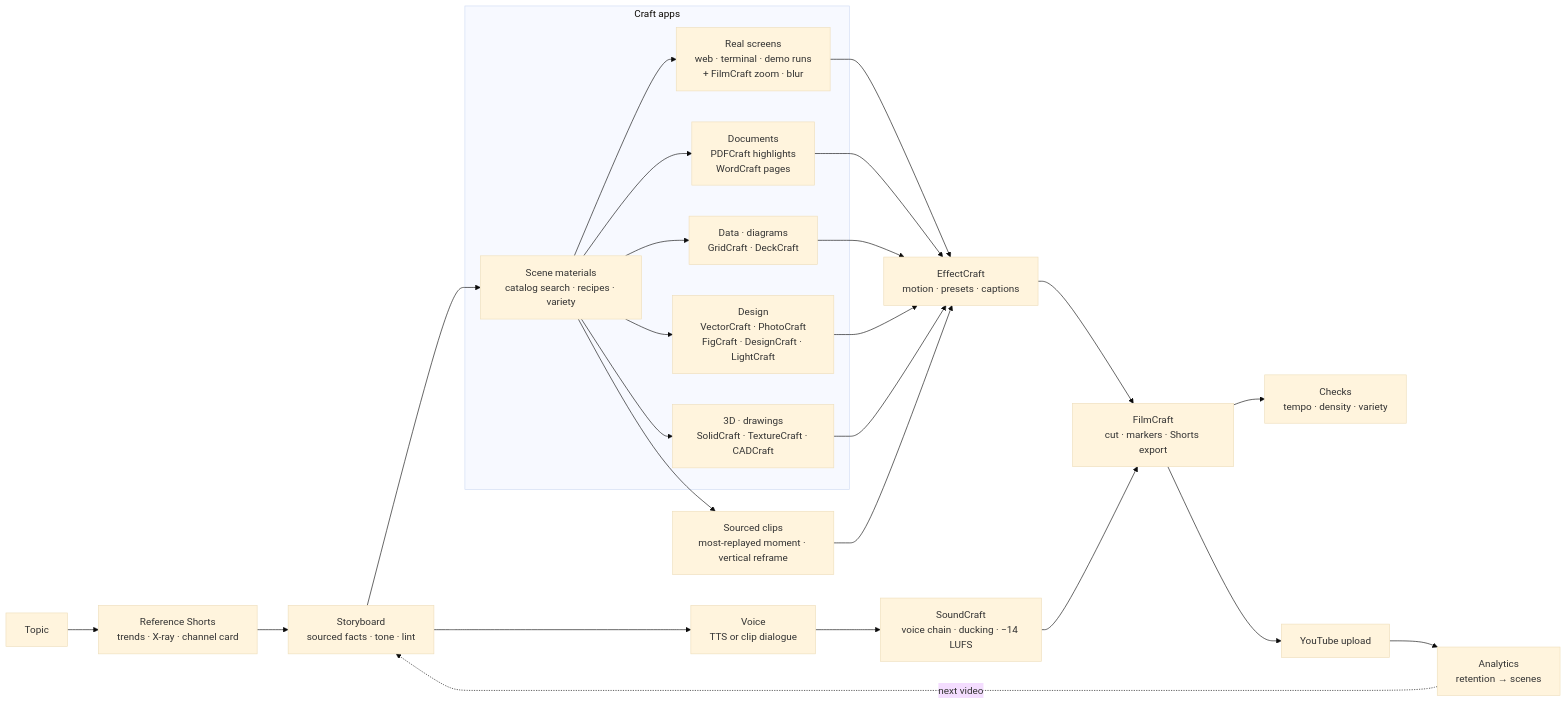
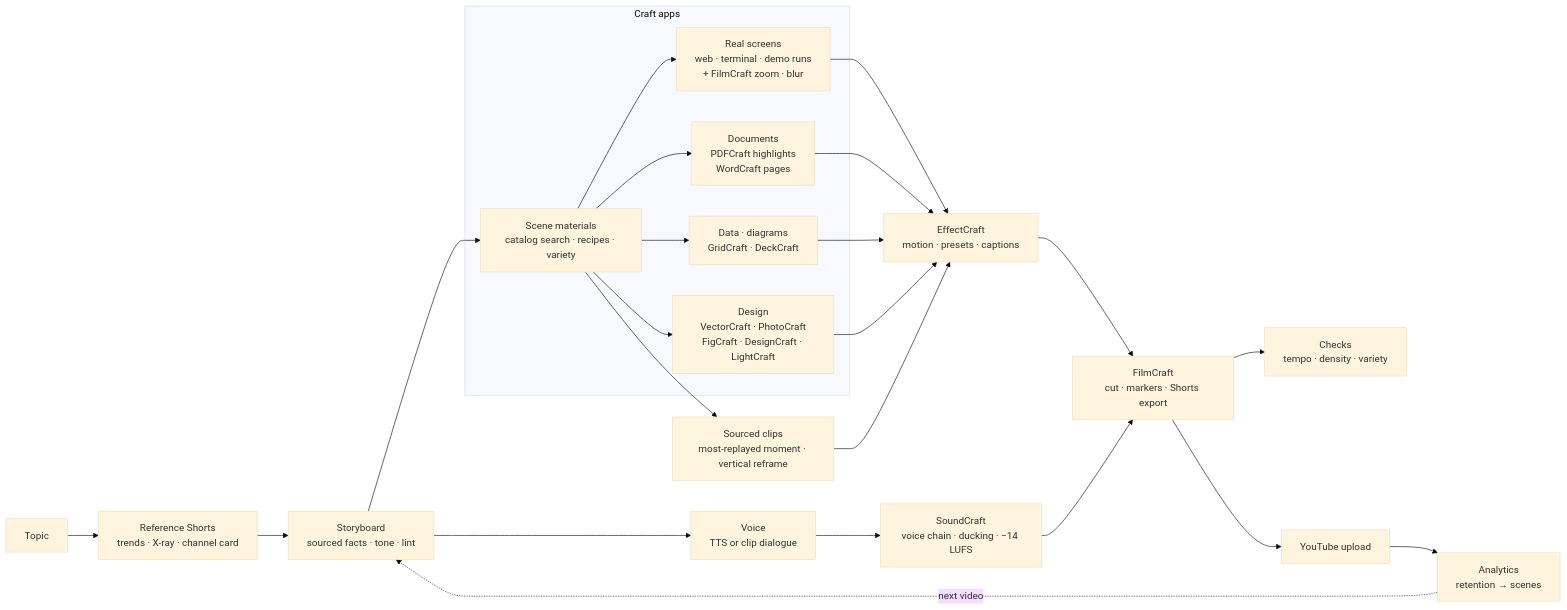
The diagram in README.md (meowassassin/fluma), drawn with Mermaid (base theme) before and after one commit. The commit also changed other lines of this file and 116 other files, not shown here.

````diff
--- a/README.md
+++ b/README.md
@@ -89,22 +89,21 @@
 ```mermaid
 flowchart LR
   A[Topic] --> R[Reference Shorts<br/>trends · X-ray · channel card]
   R --> S[Storyboard<br/>sourced facts · tone · lint]
   S --> V[Voice<br/>TTS or clip dialogue]
   S --> P[Scene materials<br/>catalog search · recipes · variety]
   subgraph Craft apps
     P --> RS[Real screens<br/>web · terminal · demo runs<br/>+ FilmCraft zoom · blur]
     P --> DOC[Documents<br/>PDFCraft highlights<br/>WordCraft pages]
     P --> DAT[Data · diagrams<br/>GridCraft · DeckCraft]
     P --> DES[Design<br/>VectorCraft · PhotoCraft<br/>FigCraft · DesignCraft · LightCraft]
-    P --> TD[3D · drawings<br/>SolidCraft · TextureCraft · CADCraft]
   end
   P --> CL[Sourced clips<br/>most-replayed moment · vertical reframe]
-  RS & DOC & DAT & DES & TD & CL --> E[EffectCraft<br/>motion · presets · captions]
+  RS & DOC & DAT & DES & CL --> E[EffectCraft<br/>motion · presets · captions]
   V --> SC[SoundCraft<br/>voice chain · ducking · −14 LUFS]
   E & SC --> F[FilmCraft<br/>cut · markers · Shorts export]
   F --> T[Checks<br/>tempo · density · variety]
   F --> Y[YouTube upload]
   Y --> A2[Analytics<br/>retention → scenes]
   A2 -. next video .-> S
 ```
````
